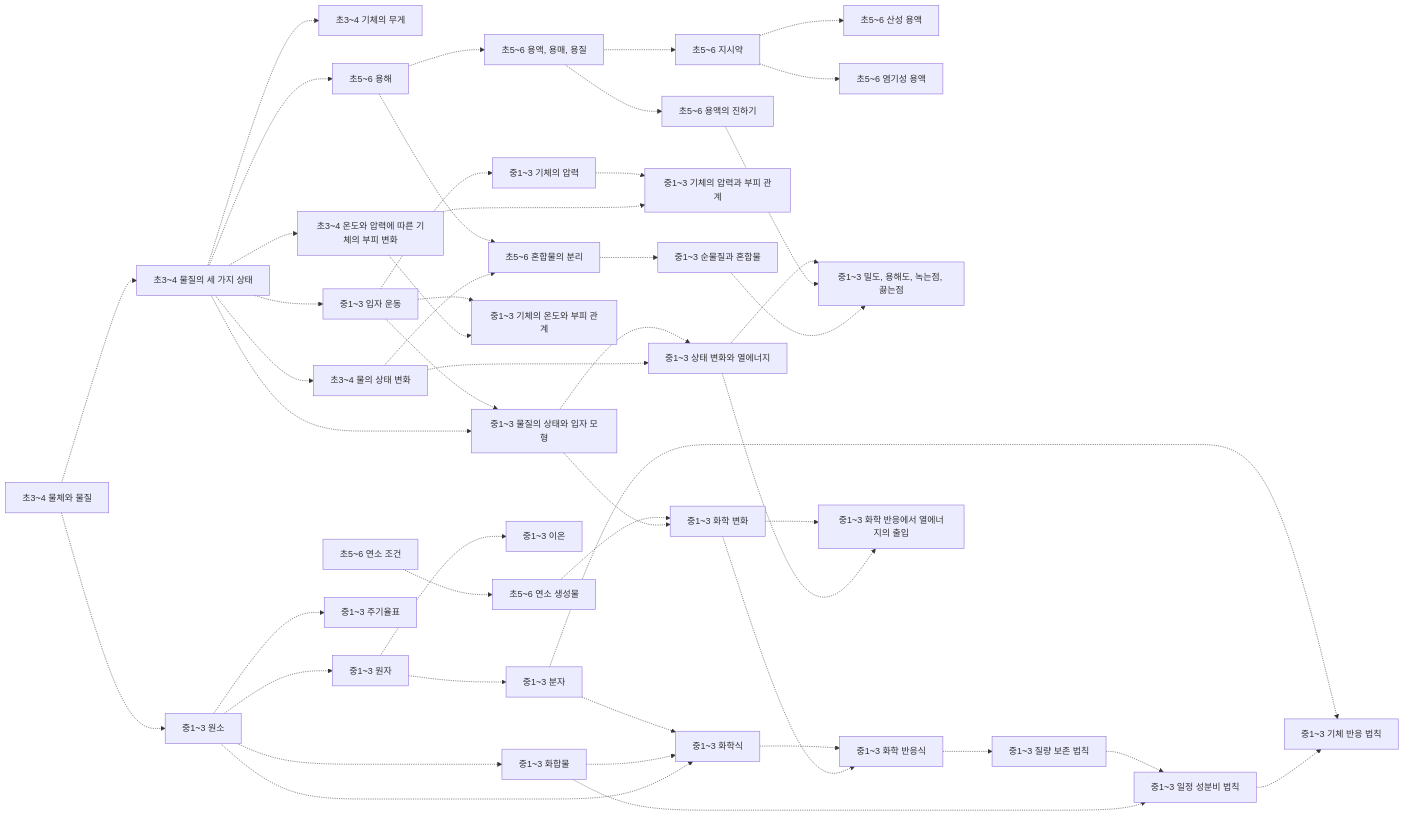
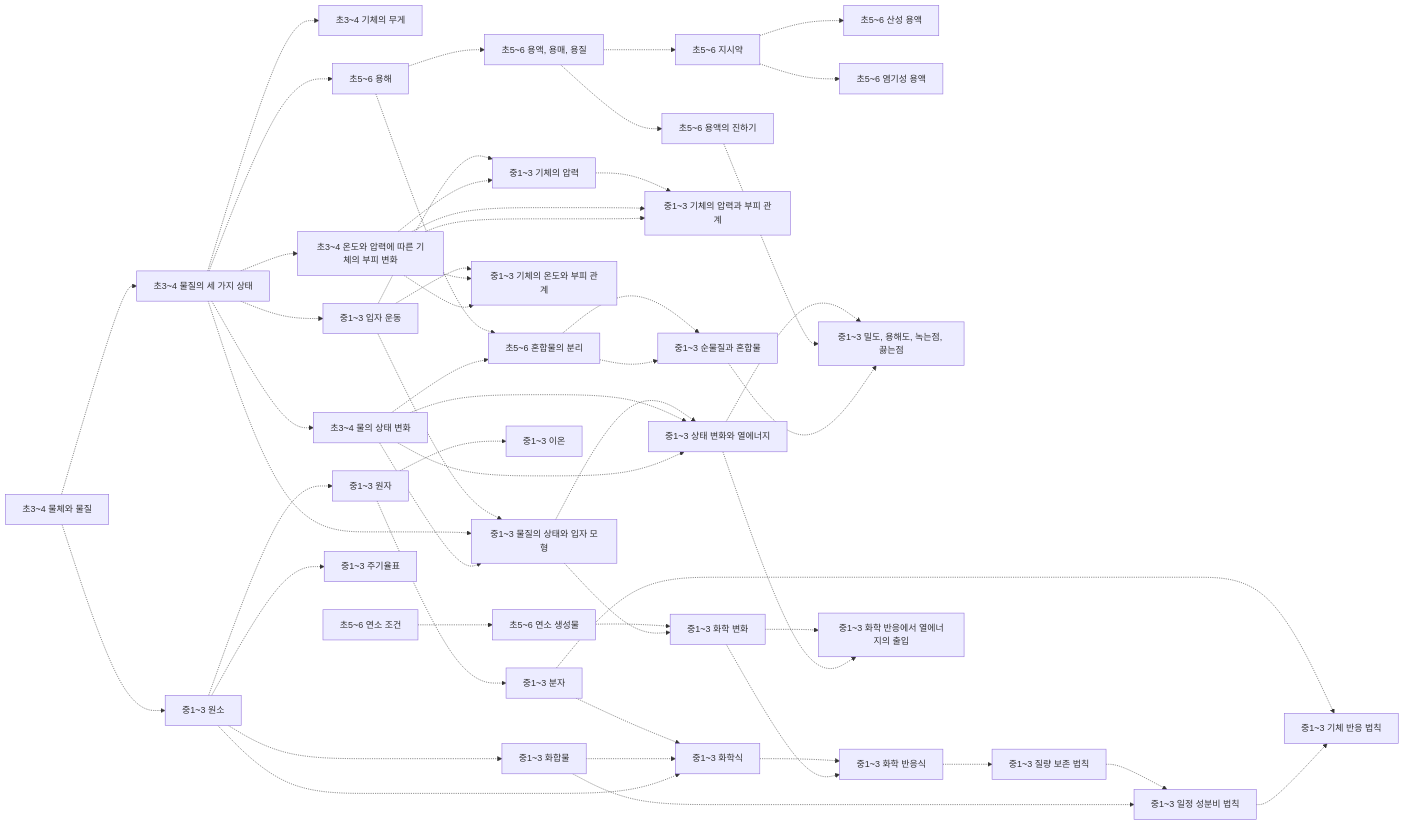
One commit to jalnanco/korea-learning-map changed the second of 5 diagrams in docs/과학-개념-지도.md. Above: the diagram before and after it, drawn with Mermaid. The commit also changed other lines of this file and 31 other files, not shown here.

````diff
--- a/docs/과학-개념-지도.md
+++ b/docs/과학-개념-지도.md
@@ -765,4 +775,10 @@
   n28 -.-> n34
   n21 -.-> n20
   n28 -.-> n33
+  n3 -.-> n17
+  n3 -.-> n16
+  n3 -.-> n15
+  n4 -.-> n19
+  n8 -.-> n21
+  n4 -.-> n18
 ```
````
